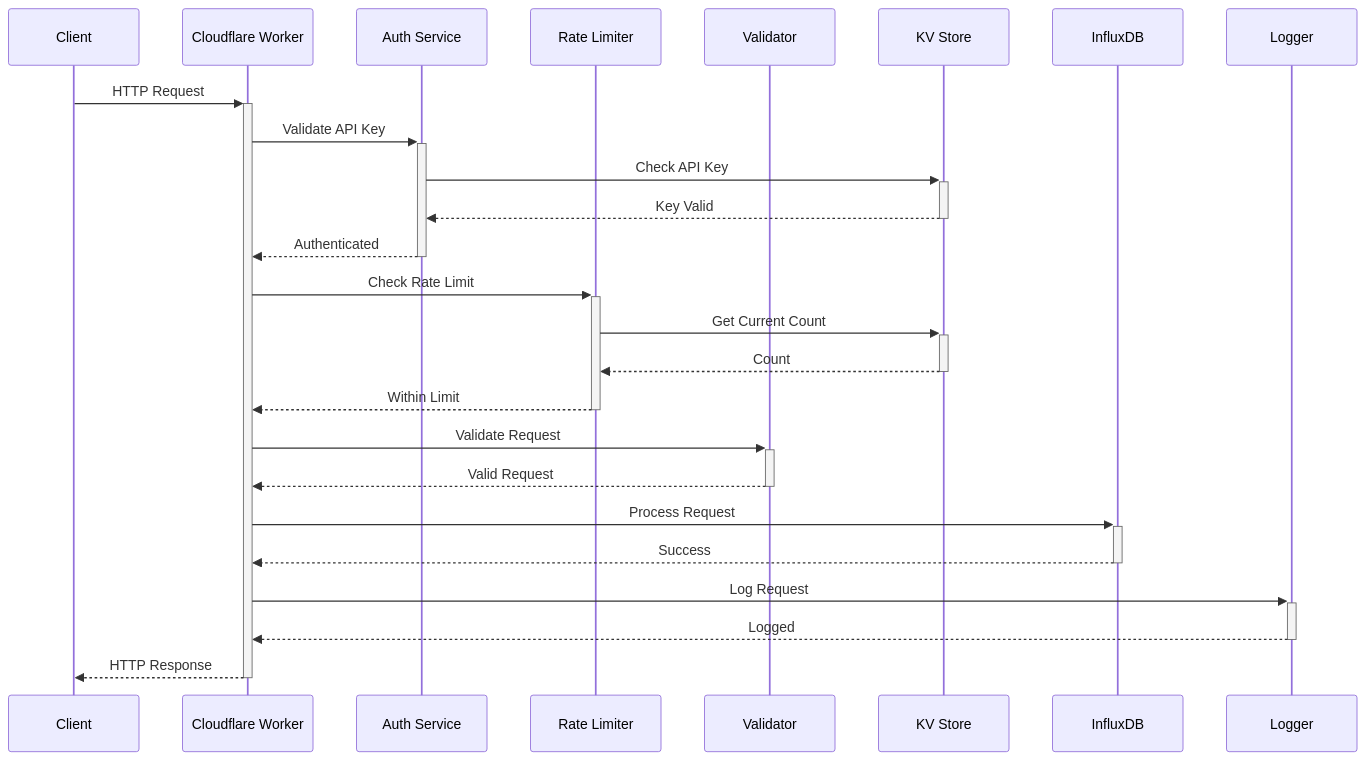
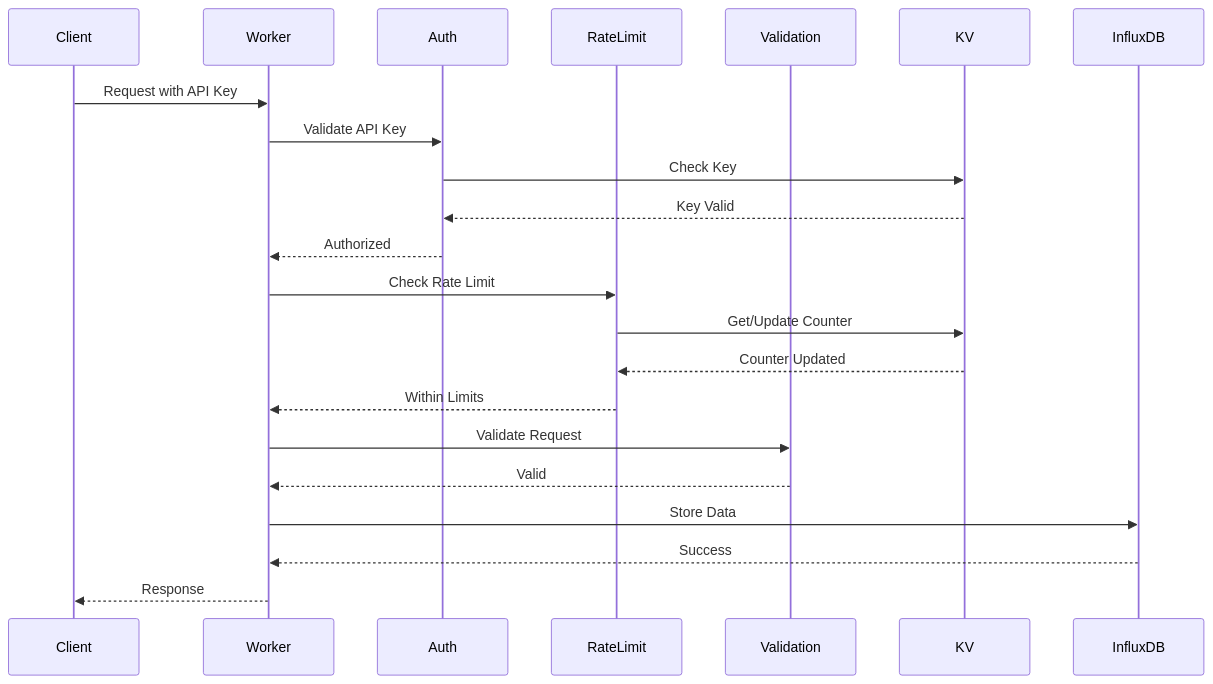
Before and after one commit to veilands/cf-learn: the second of 5 diagrams in docs/architecture.md, drawn with Mermaid. The commit also changed other lines of this file and 4 other files, not shown here.

````diff
--- a/docs/architecture.md
+++ b/docs/architecture.md
@@ -31,33 +17,25 @@
 ```mermaid
 sequenceDiagram
-    participant C as Client
-    participant CF as Cloudflare Worker
-    participant Auth as Auth Service
-    participant RL as Rate Limiter
-    participant Val as Validator
-    participant KV as KV Store
-    participant IDB as InfluxDB
-    participant Log as Logger
+    participant Client
+    participant Worker
+    participant Auth
+    participant RateLimit
+    participant Validation
+    participant KV
+    participant InfluxDB
 
-    C->>+CF: HTTP Request
-    CF->>+Auth: Validate API Key
-    Auth->>+KV: Check API Key
-    KV-->>-Auth: Key Valid
-    Auth-->>-CF: Authenticated
-
-    CF->>+RL: Check Rate Limit
-    RL->>+KV: Get Current Count
-    KV-->>-RL: Count
-    RL-->>-CF: Within Limit
-
-    CF->>+Val: Validate Request
-    Val-->>-CF: Valid Request
-
-    CF->>+IDB: Process Request
-    IDB-->>-CF: Success
-
-    CF->>+Log: Log Request
-    Log-->>-CF: Logged
-
-    CF-->>-C: HTTP Response
+    Client->>Worker: Request with API Key
+    Worker->>Auth: Validate API Key
+    Auth->>KV: Check Key
+    KV-->>Auth: Key Valid
+    Auth-->>Worker: Authorized
+    Worker->>RateLimit: Check Rate Limit
+    RateLimit->>KV: Get/Update Counter
+    KV-->>RateLimit: Counter Updated
+    RateLimit-->>Worker: Within Limits
+    Worker->>Validation: Validate Request
+    Validation-->>Worker: Valid
+    Worker->>InfluxDB: Store Data
+    InfluxDB-->>Worker: Success
+    Worker-->>Client: Response
 ```
````
